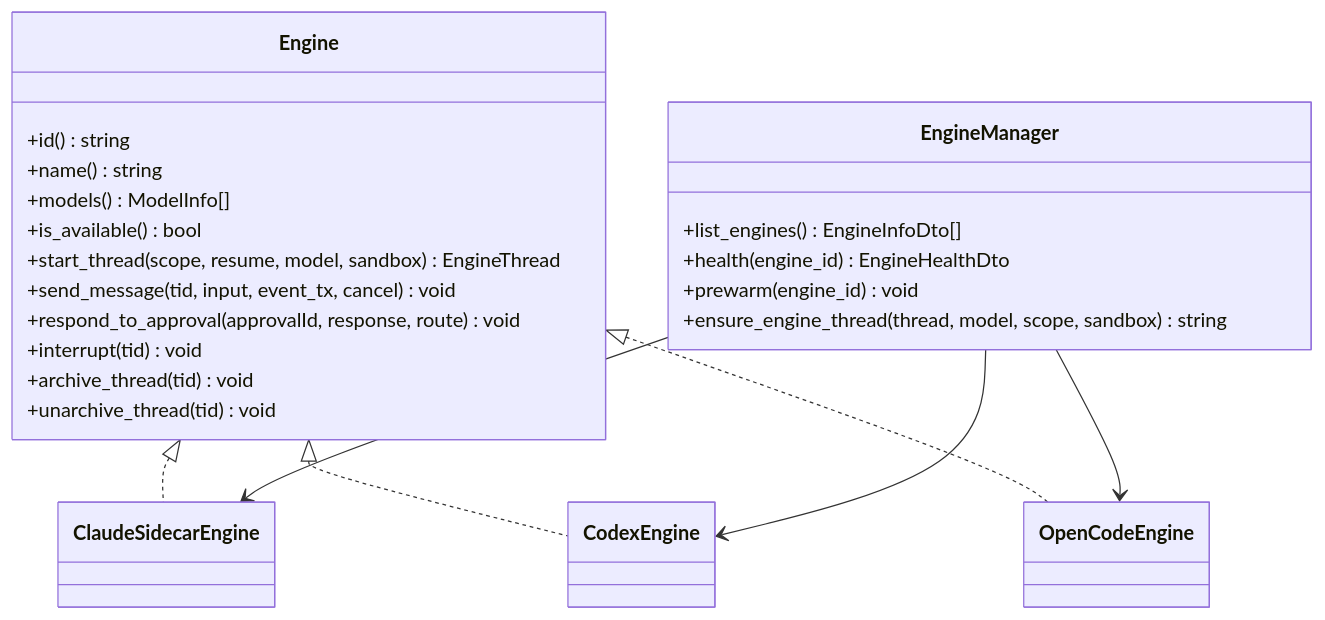
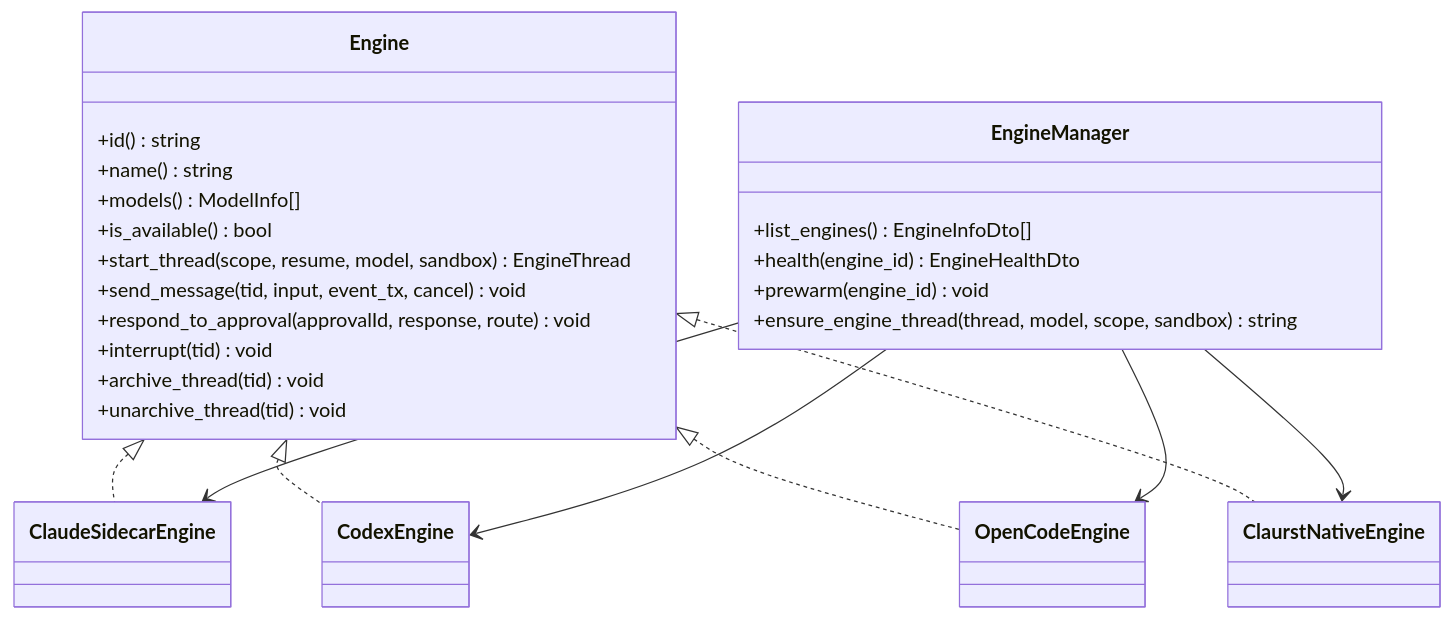
One commit to yattin/panes changed the third of 9 diagrams in .qoder/repowiki/zh/content/核心功能/聊天和 AI 集成/聊天和 AI 集成.md. Above: the diagram before and after it, drawn with Mermaid. The commit also changed other lines of this file and 45 other files, not shown here.

````diff
--- a/.qoder/repowiki/zh/content/核心功能/聊天和 AI 集成/聊天和 AI 集成.md
+++ b/.qoder/repowiki/zh/content/核心功能/聊天和 AI 集成/聊天和 AI 集成.md
@@ -215,27 +241,29 @@
 ```mermaid
 classDiagram
 class Engine {
 +id() string
 +name() string
 +models() ModelInfo[]
 +is_available() bool
 +start_thread(scope, resume, model, sandbox) EngineThread
 +send_message(tid, input, event_tx, cancel) void
 +respond_to_approval(approvalId, response, route) void
 +interrupt(tid) void
 +archive_thread(tid) void
 +unarchive_thread(tid) void
 }
 class EngineManager {
 +list_engines() EngineInfoDto[]
 +health(engine_id) EngineHealthDto
 +prewarm(engine_id) void
 +ensure_engine_thread(thread, model, scope, sandbox) string
 }
 Engine <|.. ClaudeSidecarEngine
 Engine <|.. CodexEngine
 Engine <|.. OpenCodeEngine
+Engine <|.. ClaurstNativeEngine
 EngineManager --> ClaudeSidecarEngine
 EngineManager --> CodexEngine
 EngineManager --> OpenCodeEngine
+EngineManager --> ClaurstNativeEngine
 ```
````
